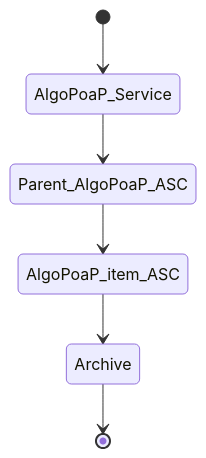
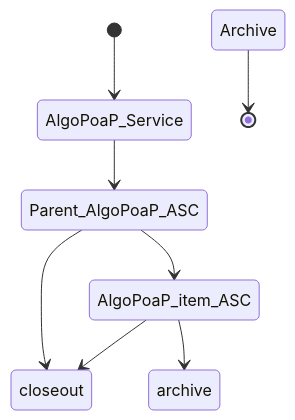
One commit to GoPlausible/.github changed the fifth of 10 diagrams in profile/README.md. Above: the diagram before and after it, drawn with Mermaid.

````diff
--- a/profile/README.md
+++ b/profile/README.md
@@ -178,8 +178,10 @@
 ```mermaid
   stateDiagram-v2
     [*] --> AlgoPoaP_Service
     AlgoPoaP_Service --> Parent_AlgoPoaP_ASC
     Parent_AlgoPoaP_ASC --> AlgoPoaP_item_ASC
-    AlgoPoaP_item_ASC --> Archive
+    AlgoPoaP_item_ASC --> closeout
+    Parent_AlgoPoaP_ASC --> closeout
+    AlgoPoaP_item_ASC --> archive
     Archive --> [*]
 ```
````
